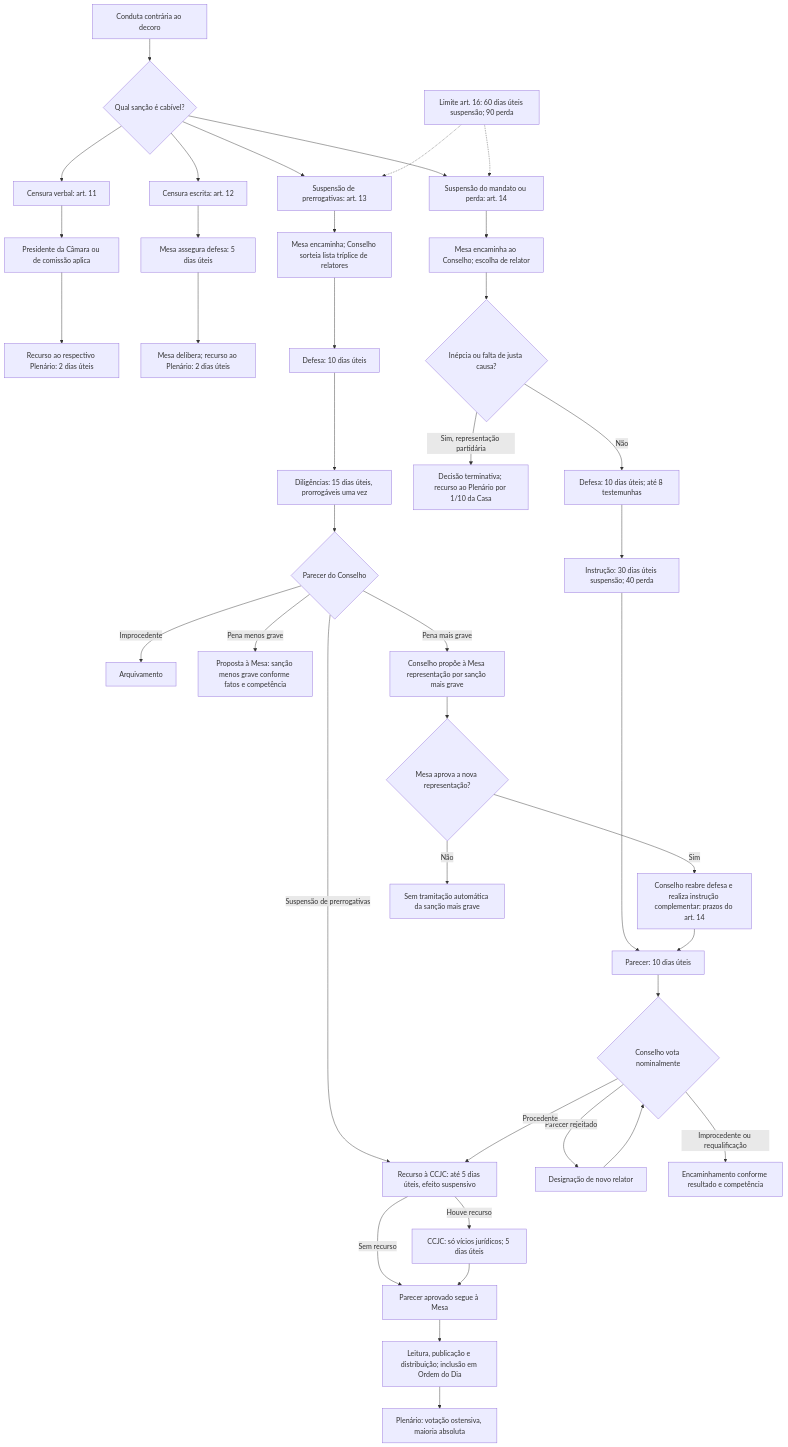
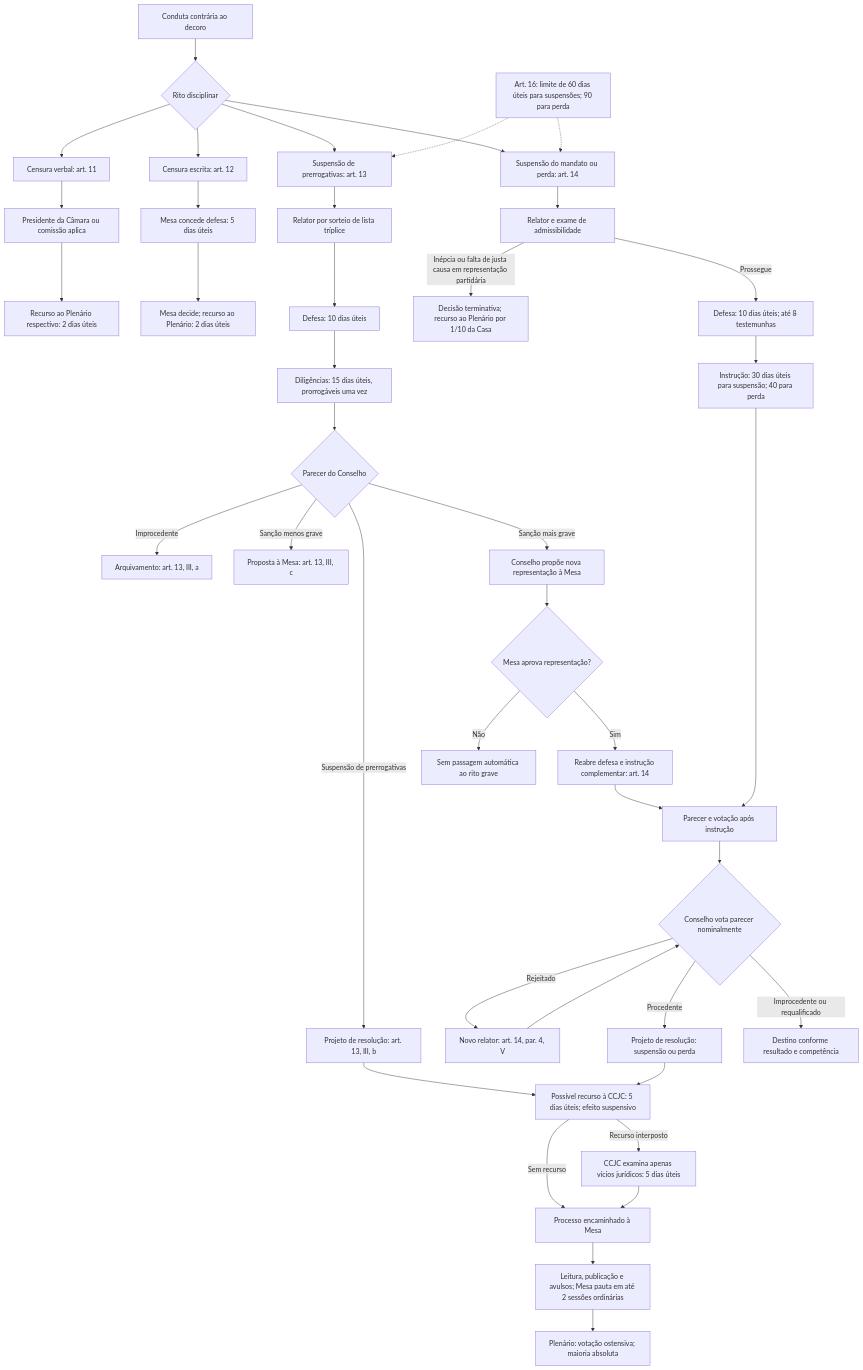
One commit to leorruas/concursos changed the diagram in 3 - Materias/Direito Constitucional/34 - codigo de etica e decoro parlamentar da camara.md. Above: the diagram before and after it, drawn with Mermaid. The commit also changed other lines of this file, not shown here.

Commit message:
DC34: separa ritos dos arts. 13 e 14 no fluxograma e explicita competência da CCJC

````diff
--- a/3 - Materias/Direito Constitucional/34 - codigo de etica e decoro parlamentar da camara.md
+++ b/3 - Materias/Direito Constitucional/34 - codigo de etica e decoro parlamentar da camara.md
@@ -134,42 +134,43 @@
 ```mermaid
 flowchart TD
- A["Conduta contrária ao decoro"] --> B{"Qual sanção é cabível?"}
+ A["Conduta contrária ao decoro"] --> B{"Rito disciplinar"}
  B --> C["Censura verbal: art. 11"]
- C --> C1["Presidente da Câmara ou de comissão aplica"]
- C1 --> C2["Recurso ao respectivo Plenário: 2 dias úteis"]
+ C --> C1["Presidente da Câmara ou comissão aplica"]
+ C1 --> C2["Recurso ao Plenário respectivo: 2 dias úteis"]
  B --> D["Censura escrita: art. 12"]
- D --> D1["Mesa assegura defesa: 5 dias úteis"]
- D1 --> D2["Mesa delibera; recurso ao Plenário: 2 dias úteis"]
+ D --> D1["Mesa concede defesa: 5 dias úteis"]
+ D1 --> D2["Mesa decide; recurso ao Plenário: 2 dias úteis"]
  B --> E["Suspensão de prerrogativas: art. 13"]
- E --> E1["Mesa encaminha; Conselho sorteia lista tríplice de relatores"]
+ E --> E1["Relator por sorteio de lista tríplice"]
  E1 --> E2["Defesa: 10 dias úteis"]
  E2 --> E3["Diligências: 15 dias úteis, prorrogáveis uma vez"]
  E3 --> E4{"Parecer do Conselho"}
- E4 -->|Improcedente| F["Arquivamento"]
- E4 -->|Pena menos grave| M["Proposta à Mesa: sanção menos grave conforme fatos e competência"]
- E4 -->|Pena mais grave| G["Conselho propõe à Mesa representação por sanção mais grave"]
- E4 -->|Suspensão de prerrogativas| H["Recurso à CCJC: até 5 dias úteis, efeito suspensivo"]
+ E4 -->|Improcedente| F["Arquivamento: art. 13, III, a"]
+ E4 -->|Sanção menos grave| M["Proposta à Mesa: art. 13, III, c"]
+ E4 -->|Sanção mais grave| G["Conselho propõe nova representação à Mesa"]
+ G --> G1{"Mesa aprova representação?"}
+ G1 -->|Sim| G2["Reabre defesa e instrução complementar: art. 14"]
+ G2 --> I5["Parecer e votação após instrução"]
+ G1 -->|Não| G3["Sem passagem automática ao rito grave"]
+ E4 -->|Suspensão de prerrogativas| R13["Projeto de resolução: art. 13, III, b"]
  B --> I["Suspensão do mandato ou perda: art. 14"]
- I --> I1["Mesa encaminha ao Conselho; escolha de relator"]
- I1 --> I2{"Inépcia ou falta de justa causa?"}
- I2 -->|Sim, representação partidária| F2["Decisão terminativa; recurso ao Plenário por 1/10 da Casa"]
- I2 -->|Não| I3["Defesa: 10 dias úteis; até 8 testemunhas"]
- I3 --> I4["Instrução: 30 dias úteis suspensão; 40 perda"]
- I4 --> I5["Parecer: 10 dias úteis"]
- I5 --> I6{"Conselho vota nominalmente"}
- I6 -->|Parecer rejeitado| I7["Designação de novo relator"]
+ I --> I1["Relator e exame de admissibilidade"]
+ I1 -->|Inépcia ou falta de justa causa em representação partidária| F2["Decisão terminativa; recurso ao Plenário por 1/10 da Casa"]
+ I1 -->|Prossegue| I3["Defesa: 10 dias úteis; até 8 testemunhas"]
+ I3 --> I4["Instrução: 30 dias úteis para suspensão; 40 para perda"]
+ I4 --> I5
+ I5 --> I6{"Conselho vota parecer nominalmente"}
+ I6 -->|Rejeitado| I7["Novo relator: art. 14, par. 4, V"]
  I7 --> I6
- I6 -->|Procedente| H
- I6 -->|Improcedente ou requalificação| F3["Encaminhamento conforme resultado e competência"]
- G --> G1{"Mesa aprova a nova representação?"}
- G1 -->|Sim| G2["Conselho reabre defesa e realiza instrução complementar: prazos do art. 14"]
- G2 --> I5
- G1 -->|Não| G3["Sem tramitação automática da sanção mais grave"]
- H -->|Houve recurso| H1["CCJC: só vícios jurídicos; 5 dias úteis"]
- H -->|Sem recurso| J["Parecer aprovado segue à Mesa"]
+ I6 -->|Procedente| R14["Projeto de resolução: suspensão ou perda"]
+ I6 -->|Improcedente ou requalificado| F3["Destino conforme resultado e competência"]
+ R13 --> H["Possível recurso à CCJC: 5 dias úteis; efeito suspensivo"]
+ R14 --> H
+ H -->|Recurso interposto| H1["CCJC examina apenas vícios jurídicos: 5 dias úteis"]
+ H -->|Sem recurso| J["Processo encaminhado à Mesa"]
  H1 --> J
- J --> K["Leitura, publicação e distribuição; inclusão em Ordem do Dia"]
- K --> L["Plenário: votação ostensiva, maioria absoluta"]
- N["Limite art. 16: 60 dias úteis suspensão; 90 perda"] -.-> E
+ J --> K["Leitura, publicação e avulsos; Mesa pauta em até 2 sessões ordinárias"]
+ K --> L["Plenário: votação ostensiva; maioria absoluta"]
+ N["Art. 16: limite de 60 dias úteis para suspensões; 90 para perda"] -.-> E
  N -.-> I
 ```
````
